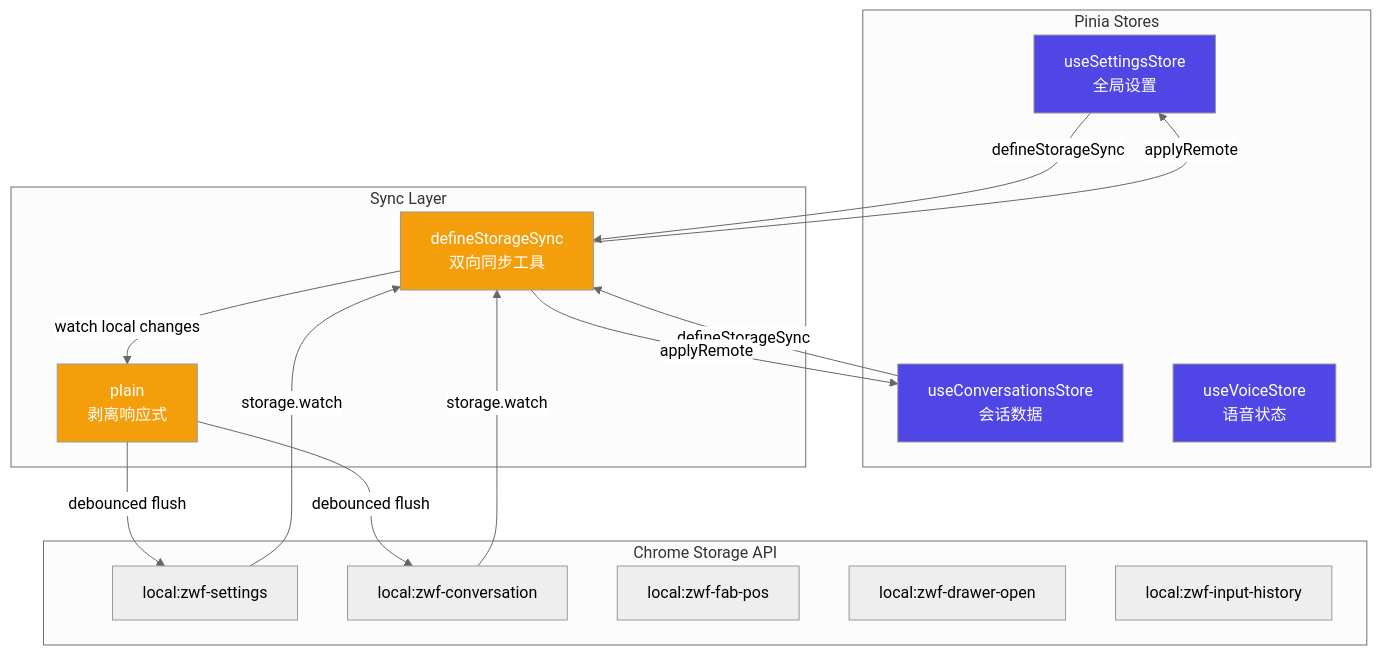
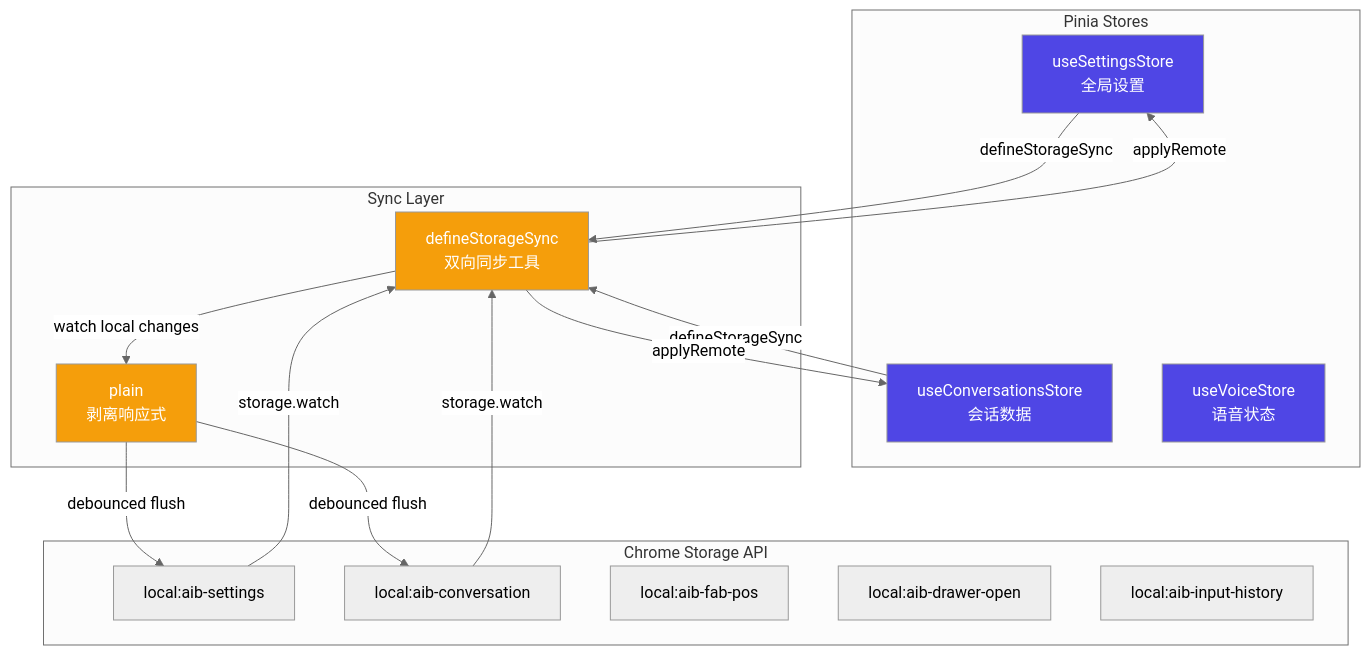
One commit to zw123zw/ai-browser changed the first of 6 diagrams in docs/architecture/state-management.md. Above: the diagram before and after it, drawn with Mermaid (neutral theme). The commit also changed other lines of this file and 35 other files, not shown here.

First line of the commit message:
refactor: 全局前缀 zwf- 统一改为 aib-

````diff
--- a/docs/architecture/state-management.md
+++ b/docs/architecture/state-management.md
@@ -9,37 +9,37 @@
 ```mermaid
 graph TB
     subgraph Pinia Stores
         S[useSettingsStore<br/>全局设置]
         C[useConversationsStore<br/>会话数据]
         V[useVoiceStore<br/>语音状态]
     end
 
     subgraph Sync Layer
         SS[defineStorageSync<br/>双向同步工具]
         PL[plain<br/>剥离响应式]
     end
 
     subgraph Chrome Storage API
-        CS1[local:zwf-settings]
-        CS2[local:zwf-conversation]
-        CS3[local:zwf-fab-pos]
-        CS4[local:zwf-drawer-open]
-        CS5[local:zwf-input-history]
+        CS1[local:aib-settings]
+        CS2[local:aib-conversation]
+        CS3[local:aib-fab-pos]
+        CS4[local:aib-drawer-open]
+        CS5[local:aib-input-history]
     end
 
     S -->|defineStorageSync| SS
     C -->|defineStorageSync| SS
     SS -->|watch local changes| PL
     PL -->|debounced flush| CS1
     PL -->|debounced flush| CS2
     CS1 -->|storage.watch| SS
     CS2 -->|storage.watch| SS
     SS -->|applyRemote| S
     SS -->|applyRemote| C
 
     style S fill:#4f46e5,color:#fff
     style C fill:#4f46e5,color:#fff
     style V fill:#4f46e5,color:#fff
     style SS fill:#f59e0b,color:#fff
     style PL fill:#f59e0b,color:#fff
 ```
````
